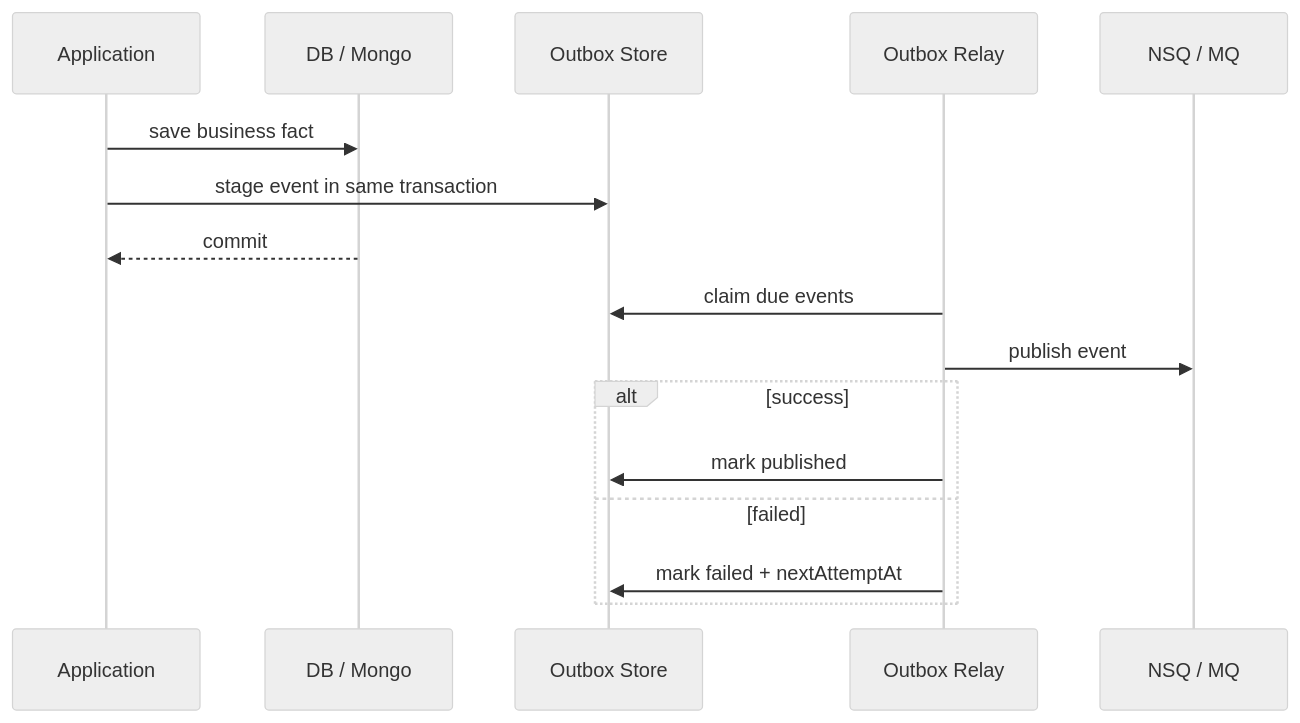
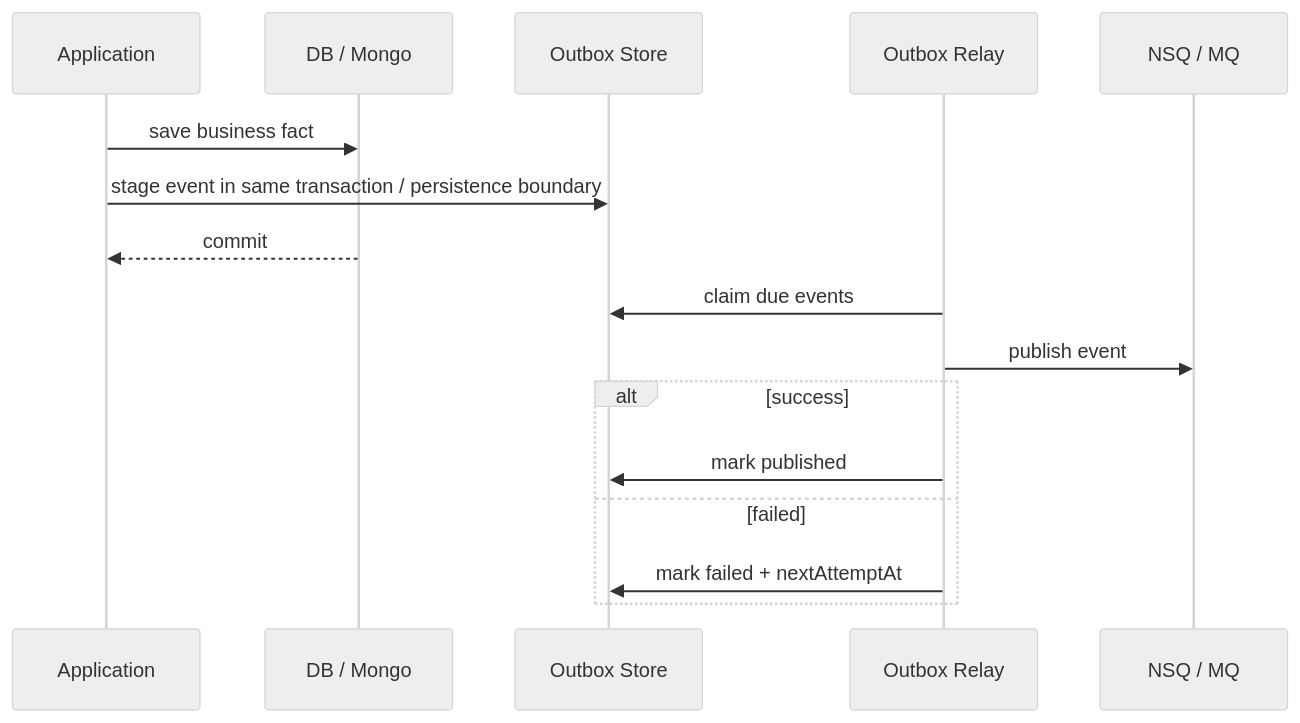
Before and after one commit to FangcunMount/qs-server: the second of 2 diagrams in docs/06-宣讲/05-事件与Outbox讲法.md, drawn with Mermaid (neutral theme). The commit also changed other lines of this file and 25 other files, not shown here.

````diff
--- a/docs/06-宣讲/05-事件与Outbox讲法.md
+++ b/docs/06-宣讲/05-事件与Outbox讲法.md
@@ -343,19 +597,19 @@
 ```mermaid
 sequenceDiagram
     participant App as Application
     participant DB as DB / Mongo
     participant Outbox as Outbox Store
     participant Relay as Outbox Relay
     participant MQ as NSQ / MQ
 
     App->>DB: save business fact
-    App->>Outbox: stage event in same transaction
+    App->>Outbox: stage event in same transaction / persistence boundary
     DB-->>App: commit
     Relay->>Outbox: claim due events
     Relay->>MQ: publish event
     alt success
         Relay->>Outbox: mark published
     else failed
         Relay->>Outbox: mark failed + nextAttemptAt
     end
 ```
````
